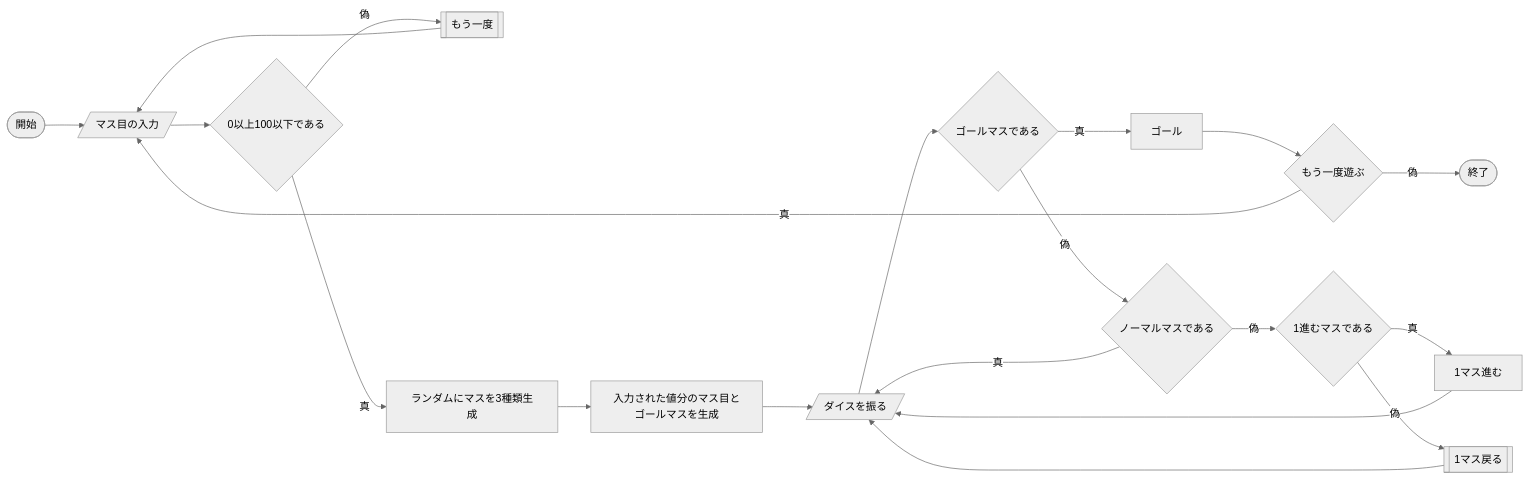
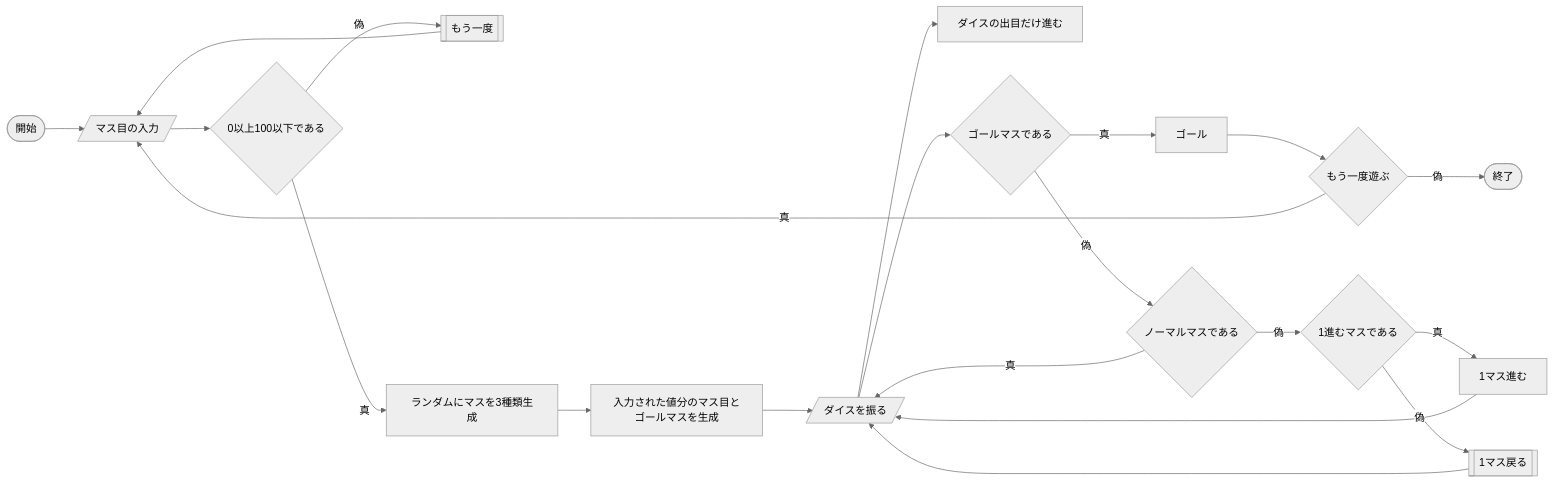
The diagram in README.md (tpu-game-2022/mermaid_test), drawn with Mermaid (neutral theme) before and after one commit.

````diff
--- a/README.md
+++ b/README.md
@@ -21,23 +21,24 @@
 ```mermaid
 flowchart LR;
   A([開始]) --> B[/マス目の入力/];
   B --> C{0以上100以下である}
   C --偽--> D[[もう一度]];
   D --> B;
   C --真--> E[ランダムにマスを3種類生成];
   E --> F[入力された値分のマス目とゴールマスを生成];
   F --> G[/ダイスを振る/];
+  G --> P[ダイスの出目だけ進む];
   G --> H{ゴールマスである}
   H --真--> L[ゴール];
   L --> M{もう一度遊ぶ}
   M --真--> B;
   M --偽--> N([終了]);
   H --偽--> I{ノーマルマスである}
   I --真--> G;
   I --偽--> J{1進むマスである}
   J --真--> O[1マス進む];
   O --> G;
   J --偽--> K[[1マス戻る]];
   K --> G;
   
 ```
````
